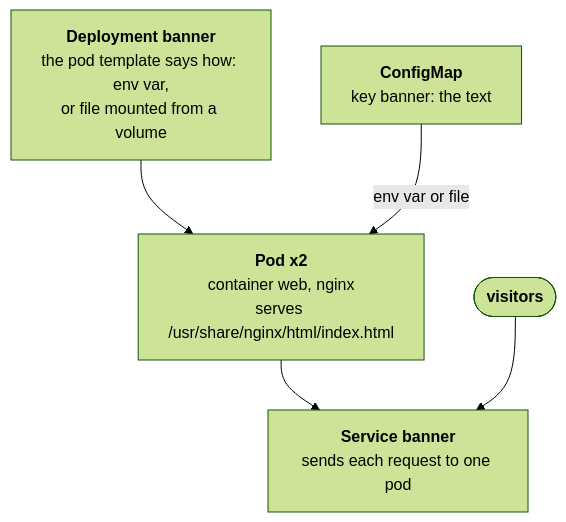
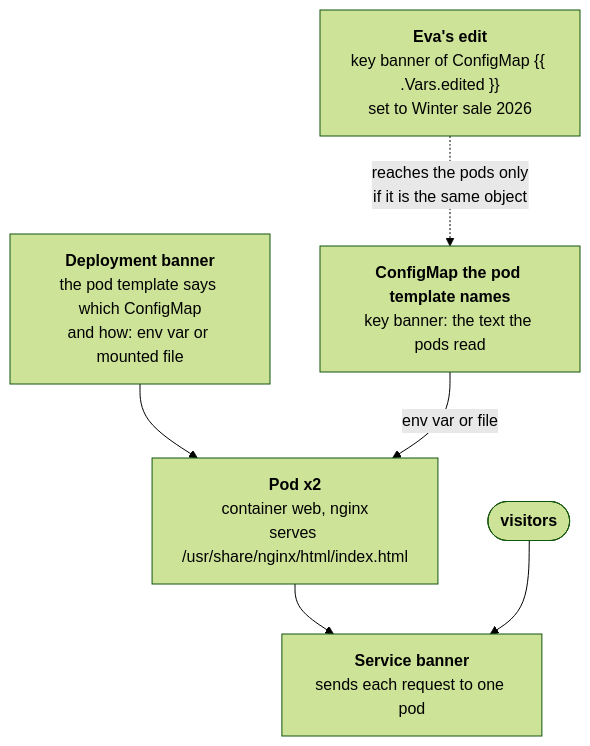
The diagram in scenarios/L0/012-stale-configmap/story.md (cauebraz/kubedrill), drawn with Mermaid (forest theme) before and after one commit. The commit also changed other lines of this file and 146 other files, not shown here.

````diff
--- a/scenarios/L0/012-stale-configmap/story.md
+++ b/scenarios/L0/012-stale-configmap/story.md
@@ -39,12 +41,14 @@
 ```mermaid
 flowchart TD
-  C["<b>ConfigMap</b><br/>key banner: the text"]
-  D["<b>Deployment banner</b><br/>the pod template says how: env var,<br/>or file mounted from a volume"]
+  E["<b>Eva's edit</b><br/>key banner of ConfigMap {{ .Vars.edited }}<br/>set to Winter sale 2026"]
+  C["<b>ConfigMap the pod template names</b><br/>key banner: the text the pods read"]
+  D["<b>Deployment banner</b><br/>the pod template says which ConfigMap<br/>and how: env var or mounted file"]
   P["<b>Pod x2</b><br/>container web, nginx<br/>serves /usr/share/nginx/html/index.html"]
   S["<b>Service banner</b><br/>sends each request to one pod"]
   V(["<b>visitors</b>"])
+  E -.->|reaches the pods only<br/>if it is the same object| C
   D --> P
   C -->|env var or file| P
   P --> S
   V --> S
 ```
````
